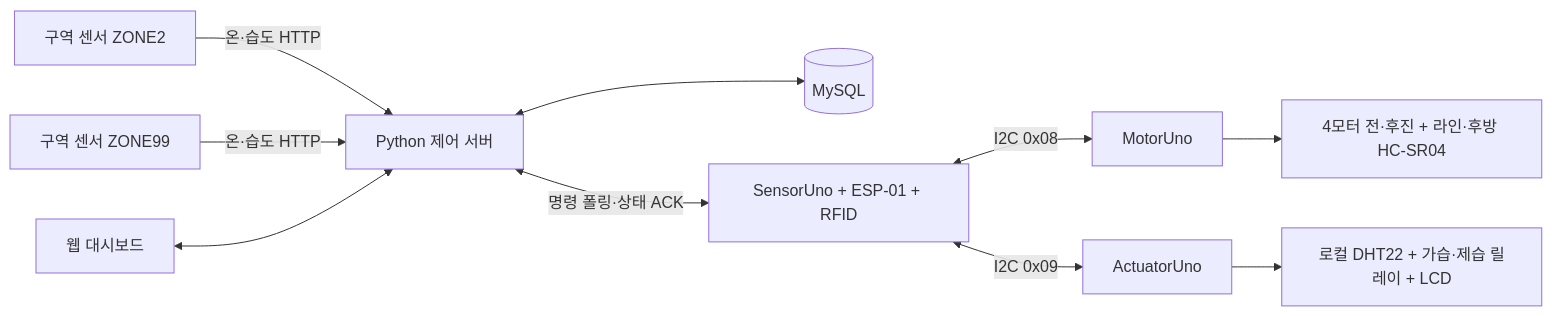
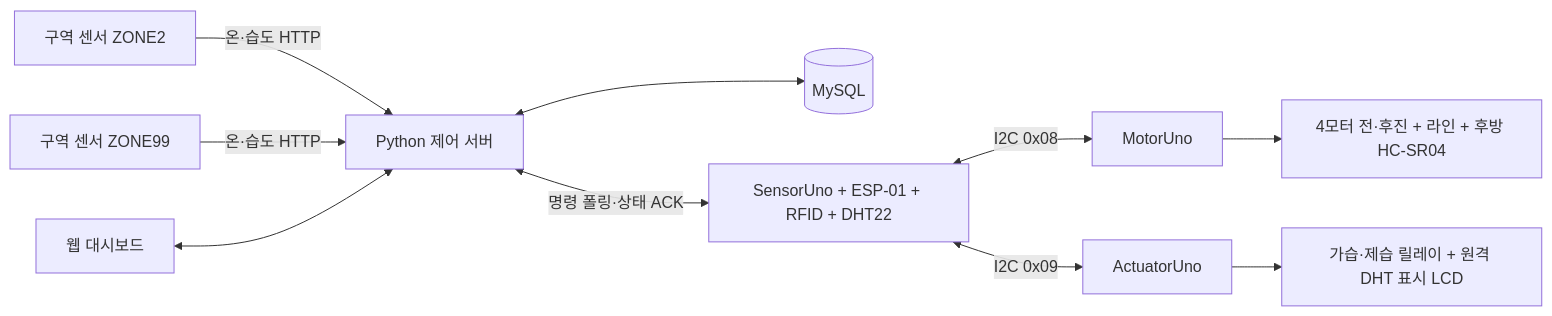
One commit to oioihoihoih/mobile-humidity-control-robot changed the diagram in README.md. Above: the diagram before and after it, drawn with Mermaid. The commit also changed other lines of this file and 22 other files, not shown here.

Commit message:
Move rear ultrasonic to Motor Uno analog pins

````diff
--- a/README.md
+++ b/README.md
@@ -37,12 +37,12 @@
 ```mermaid
 flowchart LR
     Z2[구역 센서 ZONE2] -->|온·습도 HTTP| API[Python 제어 서버]
     Z99[구역 센서 ZONE99] -->|온·습도 HTTP| API
     API <--> DB[(MySQL)]
     UI[웹 대시보드] <--> API
-    API <-->|명령 폴링·상태 ACK| SENSOR[SensorUno + ESP-01 + RFID]
+    API <-->|명령 폴링·상태 ACK| SENSOR[SensorUno + ESP-01 + RFID + DHT22]
     SENSOR <-->|I2C 0x08| MOTOR[MotorUno]
     SENSOR <-->|I2C 0x09| ACT[ActuatorUno]
-    MOTOR --> DRIVE[4모터 전·후진 + 라인·후방 HC-SR04]
-    ACT --> OUTPUT[로컬 DHT22 + 가습·제습 릴레이 + LCD]
+    MOTOR --> DRIVE[4모터 전·후진 + 라인 + 후방 HC-SR04]
+    ACT --> OUTPUT[가습·제습 릴레이 + 원격 DHT 표시 LCD]
 ```
````
